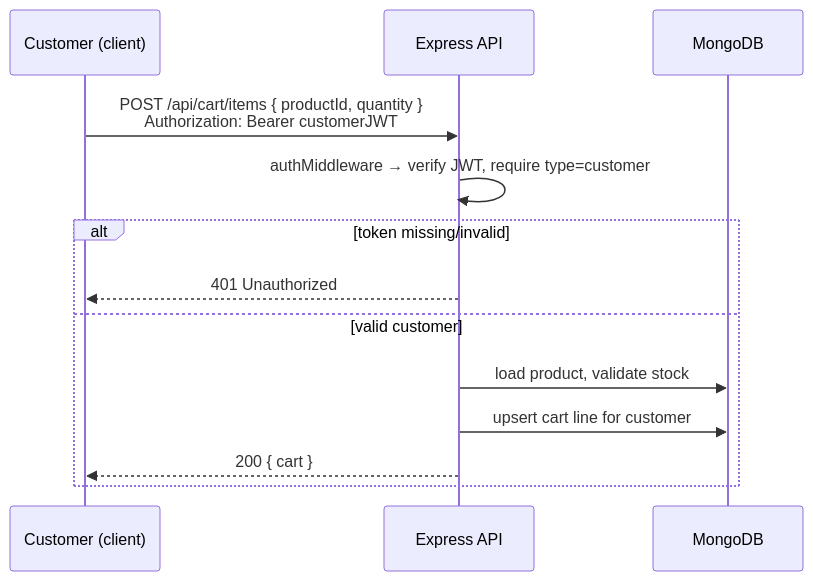
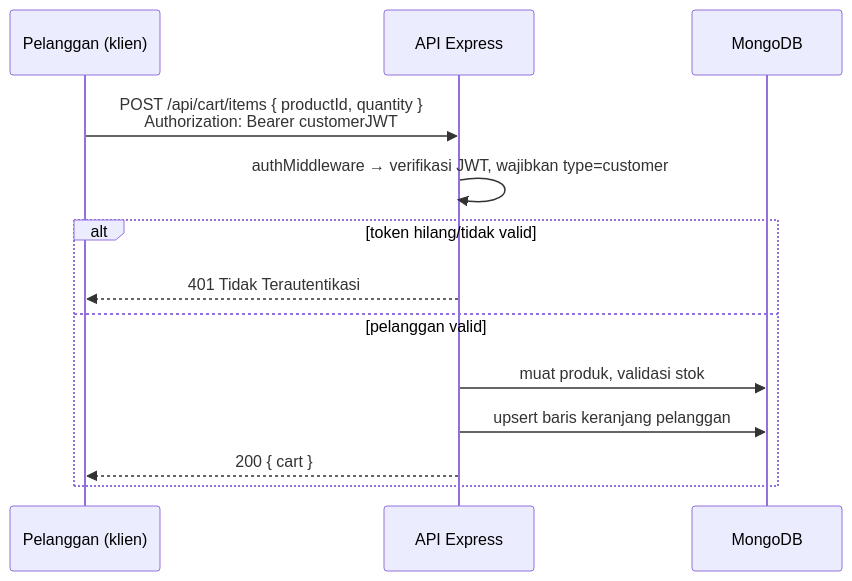
The second of 5 diagrams in docs/technical-requirements.md (andreasarnol02/platform-lab-final-project), drawn with Mermaid before and after one commit. The commit also changed other lines of this file and 5 other files, not shown here.

````diff
--- a/docs/technical-requirements.md
+++ b/docs/technical-requirements.md
@@ -52,16 +52,16 @@
 ```mermaid
 sequenceDiagram
-    participant U as Customer (client)
-    participant API as Express API
+    participant U as Pelanggan (klien)
+    participant API as API Express
     participant DB as MongoDB
 
     U->>API: POST /api/cart/items { productId, quantity }<br/>Authorization: Bearer customerJWT
-    API->>API: authMiddleware → verify JWT, require type=customer
-    alt token missing/invalid
-        API-->>U: 401 Unauthorized
-    else valid customer
-        API->>DB: load product, validate stock
-        API->>DB: upsert cart line for customer
+    API->>API: authMiddleware → verifikasi JWT, wajibkan type=customer
+    alt token hilang/tidak valid
+        API-->>U: 401 Tidak Terautentikasi
+    else pelanggan valid
+        API->>DB: muat produk, validasi stok
+        API->>DB: upsert baris keranjang pelanggan
         API-->>U: 200 { cart }
     end
 ```
````
